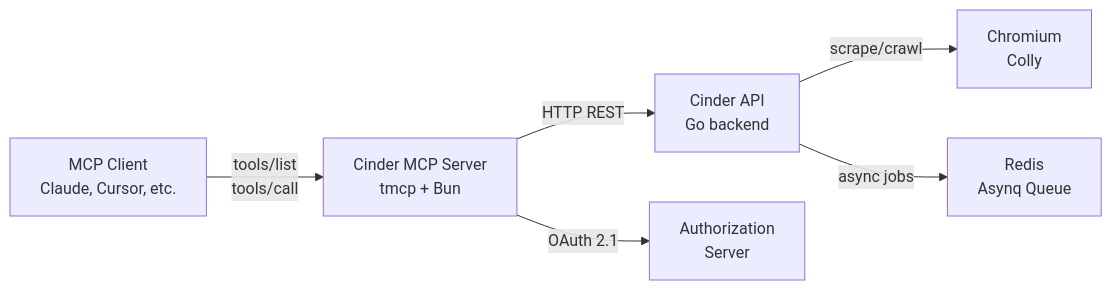
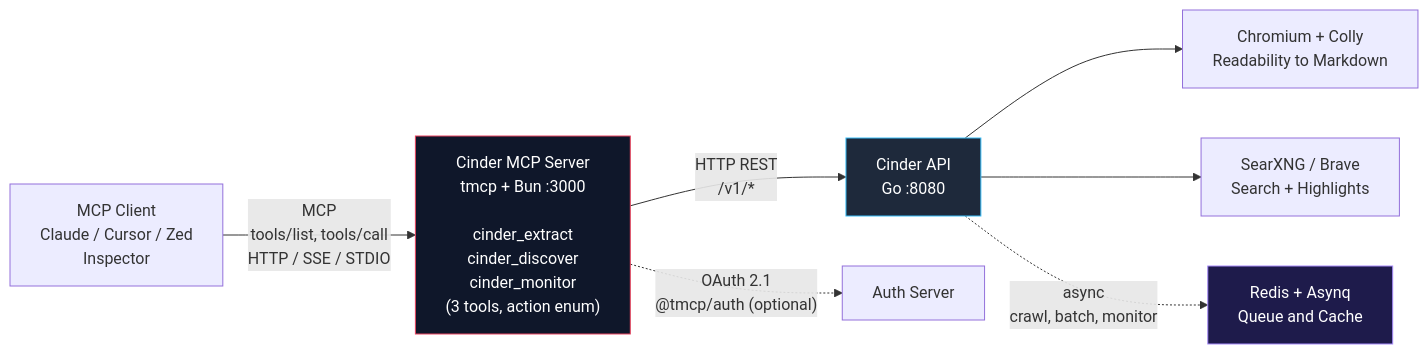
Before and after one commit to Michael-Obele/cinder-tmcp: the diagram in README.md, drawn with Mermaid. The commit also changed other lines of this file, not shown here.

Commit message:
docs(README): clarify resource usage units and update Mermaid

````diff
--- a/README.md
+++ b/README.md
@@ -60,8 +60,12 @@
 ```mermaid
-graph LR
-    A[MCP Client<br/>Claude, Cursor, etc.] -->|tools/list<br/>tools/call| B[Cinder MCP Server<br/>tmcp + Bun]
-    B -->|HTTP REST| C[Cinder API<br/>Go backend]
-    C -->|scrape/crawl| D[Chromium<br/>Colly]
-    C -->|async jobs| E[Redis<br/>Asynq Queue]
-    B -->|OAuth 2.1| F[Authorization<br/>Server]
+flowchart LR
+    Client["MCP Client<br>Claude / Cursor / Zed<br>Inspector"] -->|"MCP<br>tools/list, tools/call<br>HTTP / SSE / STDIO"| MCP["Cinder MCP Server<br>tmcp + Bun :3000<br><br>cinder_extract<br>cinder_discover<br>cinder_monitor<br>(3 tools, action enum)"]
+    MCP -->|"HTTP REST<br>/v1/*"| API["Cinder API<br>Go :8080"]
+    API --> Scraper["Chromium + Colly<br>Readability to Markdown"]
+    API --> Search["SearXNG / Brave<br>Search + Highlights"]
+    API -.->|"async<br>crawl, batch, monitor"| Queue["Redis + Asynq<br>Queue and Cache"]
+    MCP -.->|"OAuth 2.1<br>@tmcp/auth (optional)"| Auth["Auth Server"]
+    style MCP fill:#0f172a,stroke:#e94560,color:#fff
+    style API fill:#1e293b,stroke:#38bdf8,color:#fff
+    style Queue fill:#1e1b4b,stroke:#a78bfa,color:#fff
 ```
````
